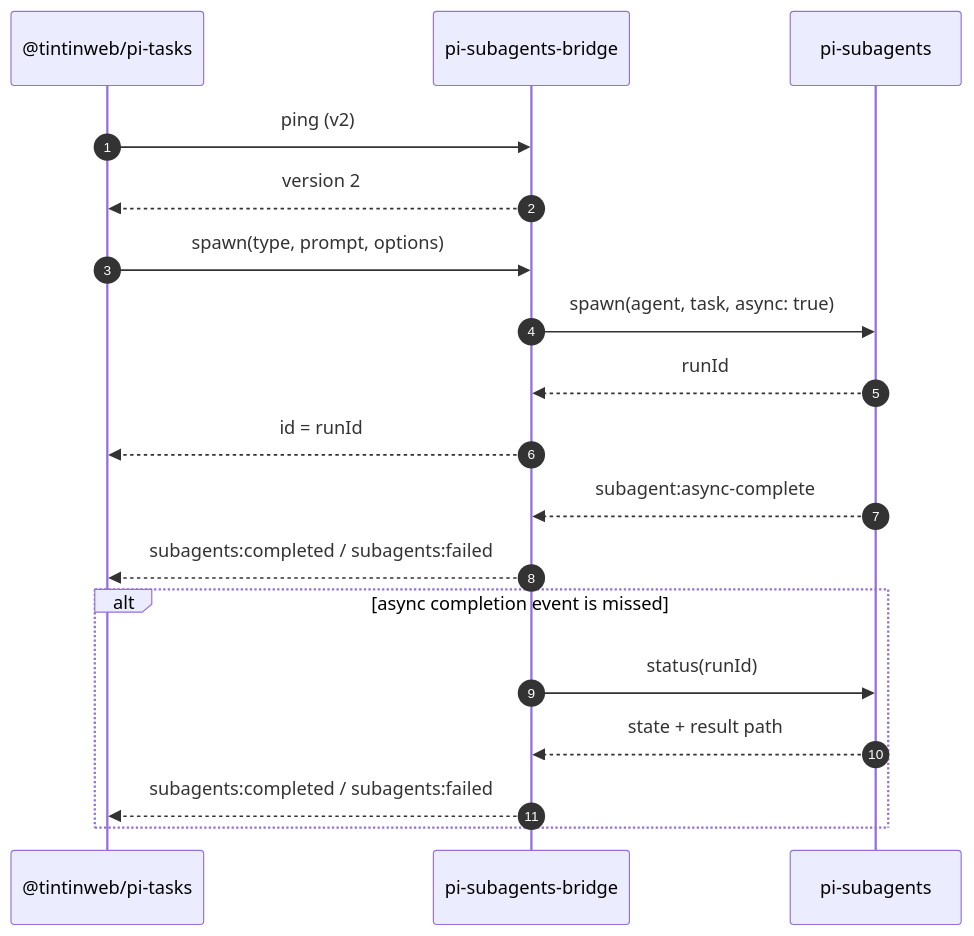
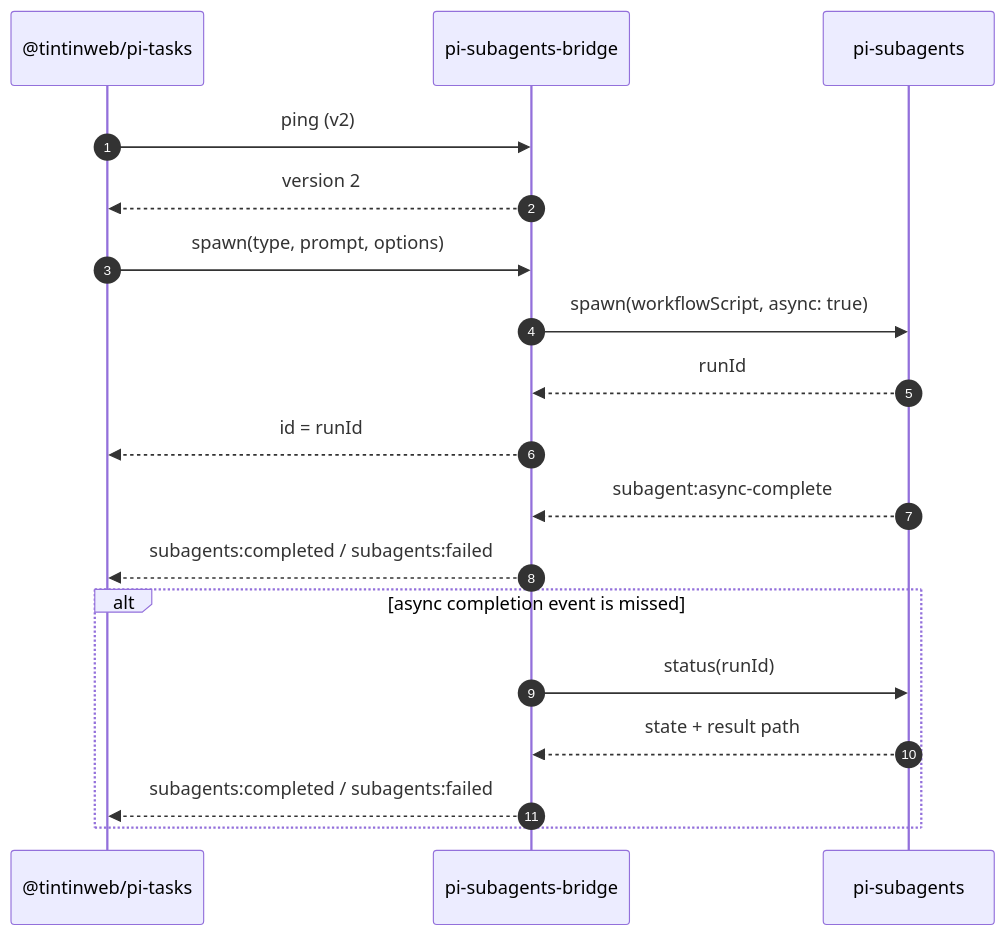
The diagram in README.md (alexei-led/pi-subagents-bridge), drawn with Mermaid before and after one commit. The commit also changed other lines of this file and 9 other files, not shown here.

Commit message:
fix: support workflowScript-only subagent launches

````diff
--- a/README.md
+++ b/README.md
@@ -31,24 +31,24 @@
 ```mermaid
 sequenceDiagram
   autonumber
   participant Tasks as @tintinweb/pi-tasks
   participant Bridge as pi-subagents-bridge
   participant Subs as pi-subagents
 
   Tasks->>Bridge: ping (v2)
   Bridge-->>Tasks: version 2
 
   Tasks->>Bridge: spawn(type, prompt, options)
-  Bridge->>Subs: spawn(agent, task, async: true)
+  Bridge->>Subs: spawn(workflowScript, async: true)
   Subs-->>Bridge: runId
   Bridge-->>Tasks: id = runId
 
   Subs-->>Bridge: subagent:async-complete
   Bridge-->>Tasks: subagents:completed / subagents:failed
 
   alt async completion event is missed
     Bridge->>Subs: status(runId)
     Subs-->>Bridge: state + result path
     Bridge-->>Tasks: subagents:completed / subagents:failed
   end
 ```
````
